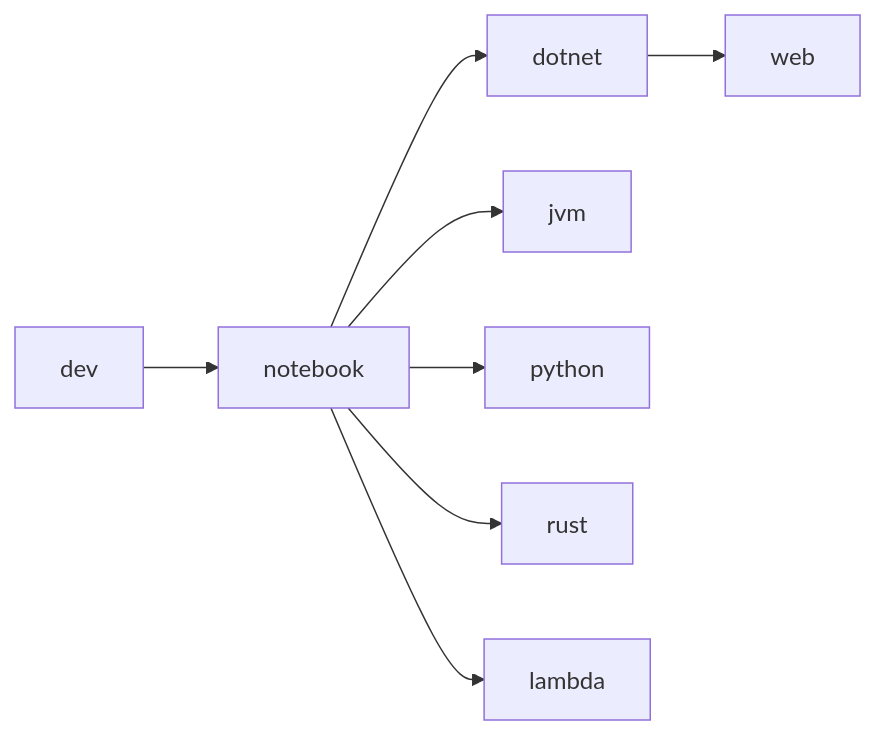
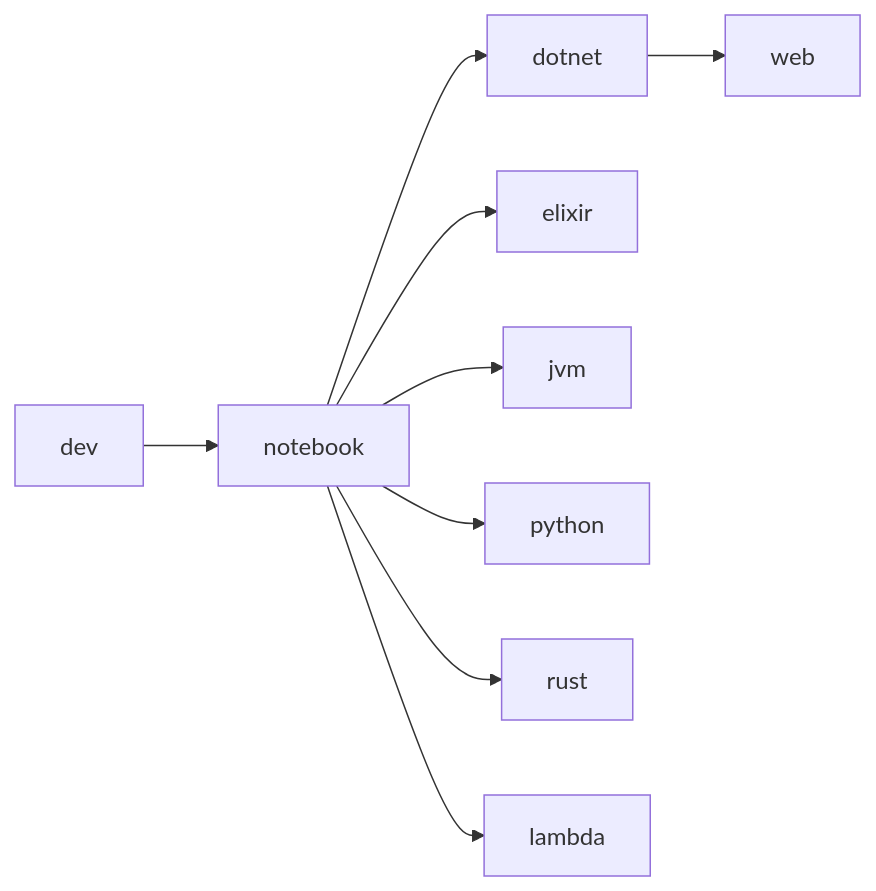
The diagram in dev-with-containers/README.md (jhwohlgemuth/my-virtual-machine-setup), drawn with Mermaid before and after one commit. The commit also changed other lines of this file and 3 other files, not shown here.

````diff
--- a/dev-with-containers/README.md
+++ b/dev-with-containers/README.md
@@ -62,10 +63,11 @@
 ```mermaid
 graph LR
     dev --> notebook
     notebook --> dotnet
+    notebook --> elixir
     notebook --> jvm
     notebook --> python
     notebook --> rust
     notebook --> lambda
     dotnet --> web
 ```
````
